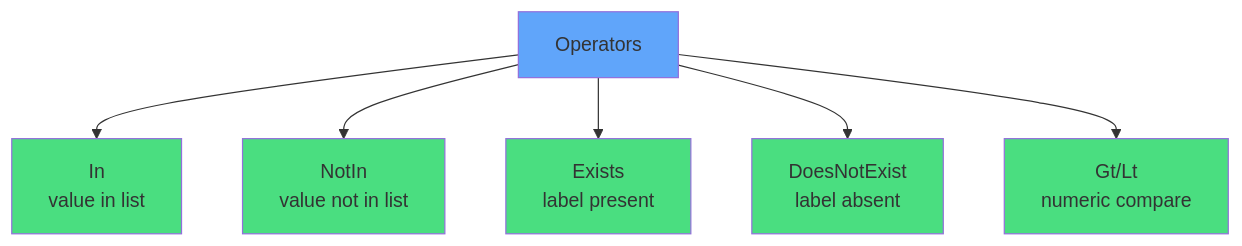
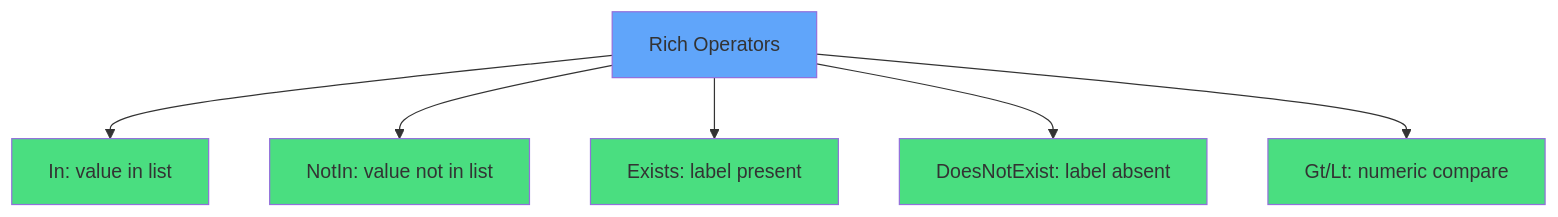
Before and after one commit to courselabs/kubernetes: the third of 8 diagrams in slides/affinity/slides.md, drawn with Mermaid. The commit also changed other lines of this file and 7 other files, not shown here.

````diff
--- a/slides/affinity/slides.md
+++ b/slides/affinity/slides.md
@@ -171,15 +179,15 @@
 ```mermaid
 graph TB
-    O[Operators]
-    O --> In[In<br/>value in list]
-    O --> NotIn[NotIn<br/>value not in list]
-    O --> Exists[Exists<br/>label present]
-    O --> DNE[DoesNotExist<br/>label absent]
-    O --> Gt[Gt/Lt<br/>numeric compare]
+    O[Rich Operators]
+    O --> In[In: value in list]
+    O --> NotIn[NotIn: value not in list]
+    O --> Exists[Exists: label present]
+    O --> DNE[DoesNotExist: label absent]
+    O --> Gt[Gt/Lt: numeric compare]
     style O fill:#60a5fa
     style In fill:#4ade80
     style NotIn fill:#4ade80
     style Exists fill:#4ade80
     style DNE fill:#4ade80
     style Gt fill:#4ade80
 ```
````
